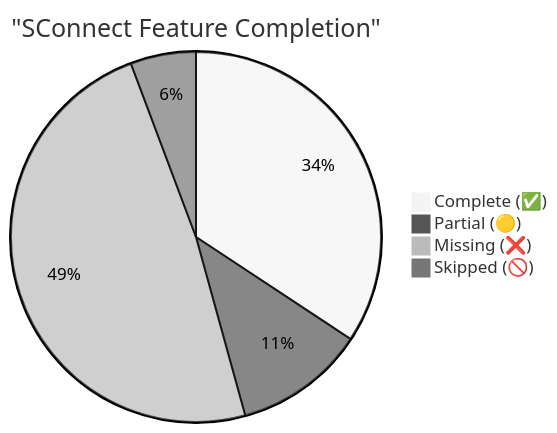
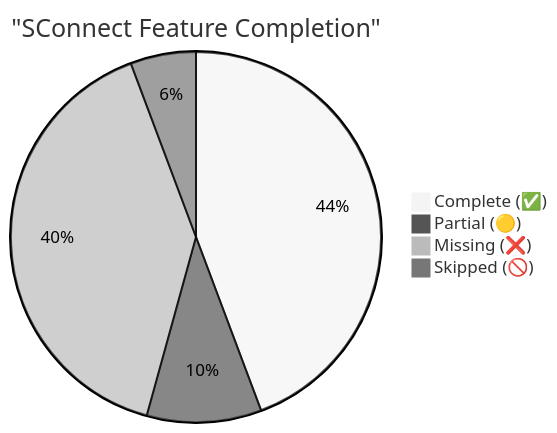
Before and after one commit to CommitAndQuit/s-connect: the diagram in FEATURE_PARITY.md, drawn with Mermaid (neutral theme). The commit also changed other lines of this file and 8 other files, not shown here.

````diff
--- a/FEATURE_PARITY.md
+++ b/FEATURE_PARITY.md
@@ -11,7 +11,7 @@
 ```mermaid
 pie title "SConnect Feature Completion"
-    "Complete (✅)" : 24
-    "Partial (🟡)" : 8
-    "Missing (❌)" : 34
+    "Complete (✅)" : 31
+    "Partial (🟡)" : 7
+    "Missing (❌)" : 28
     "Skipped (🚫)" : 4
 ```
````
